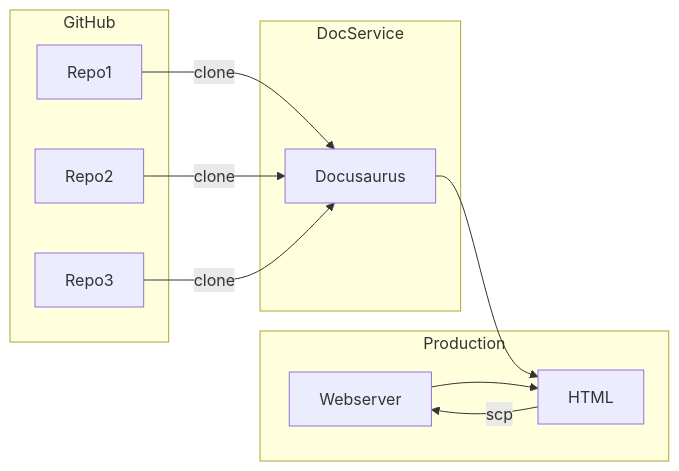
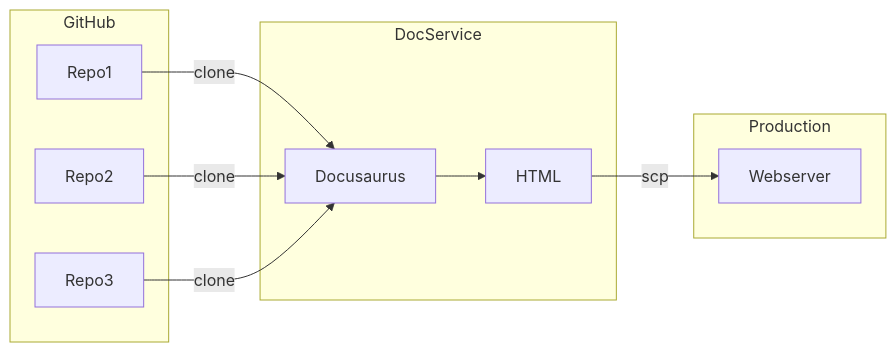
One commit to eosnetworkfoundation/docsgen changed the diagram in README.md. Above: the diagram before and after it, drawn with Mermaid. The commit also changed other lines of this file and 3 other files, not shown here.

````diff
--- a/README.md
+++ b/README.md
@@ -12,15 +12,15 @@
 ```mermaid
 graph LR;
     subgraph prod1 [Production]
-    Webserver-->HTML;
+    Webserver;
     end
     subgraph stag1 [DocService]
     Docusaurus-->HTML;
     HTML-->|scp|Webserver;
     end
     subgraph github [GitHub]
     Repo1-->|clone|Docusaurus;
     Repo2-->|clone|Docusaurus;
     Repo3-->|clone|Docusaurus;
     end
 ```
````
